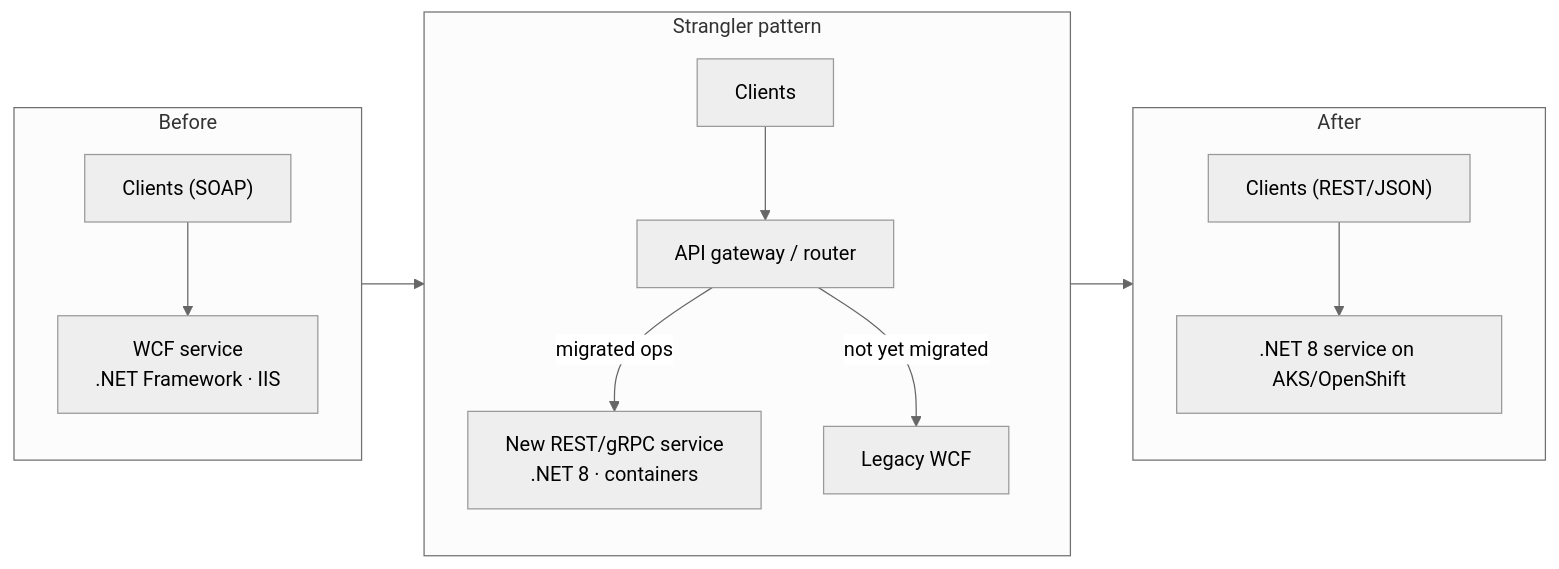
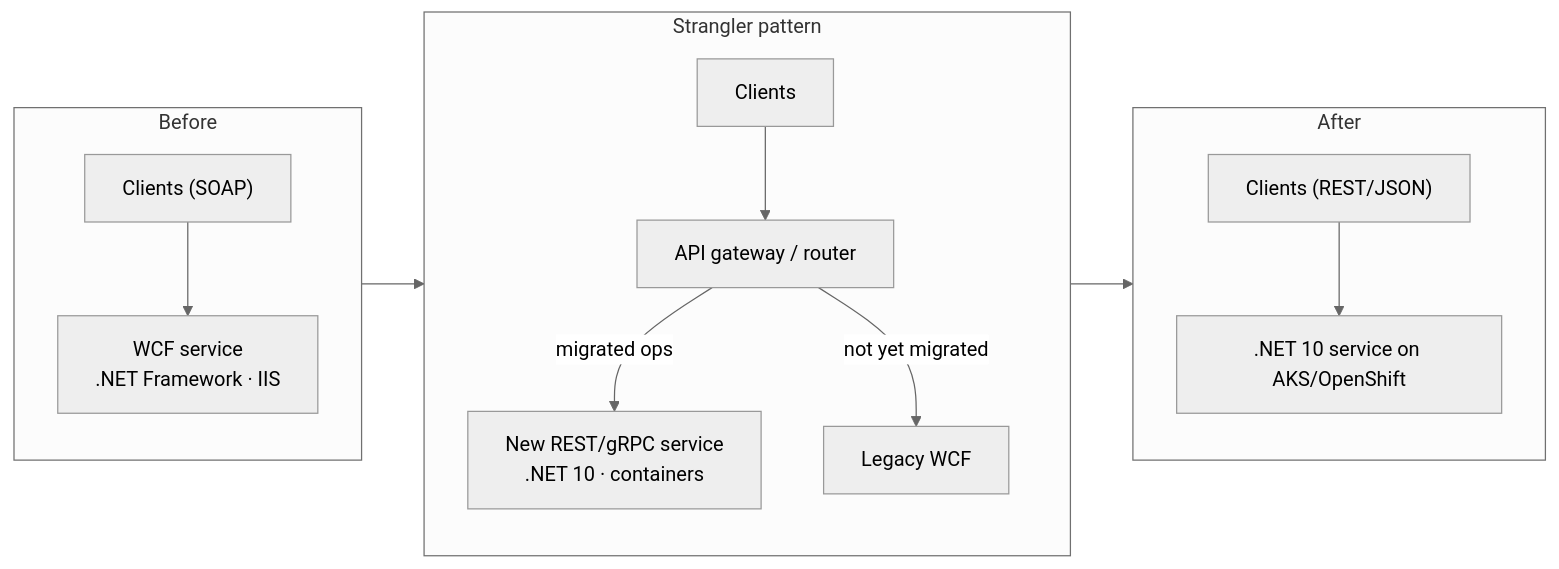
Before and after one commit to babuk123/dotnet-azure-genai-playbook: the diagram in 04-wcf-modernization/README.md, drawn with Mermaid (neutral theme). The commit also changed other lines of this file and 24 other files, not shown here.

````diff
--- a/04-wcf-modernization/README.md
+++ b/04-wcf-modernization/README.md
@@ -6,15 +6,15 @@
 ```mermaid
 flowchart LR
     subgraph Before
       C1["Clients (SOAP)"] --> W["WCF service<br/>.NET Framework · IIS"]
     end
     subgraph Transition["Strangler pattern"]
       C2["Clients"] --> GW["API gateway / router"]
-      GW -->|migrated ops| N["New REST/gRPC service<br/>.NET 8 · containers"]
+      GW -->|migrated ops| N["New REST/gRPC service<br/>.NET 10 · containers"]
       GW -->|not yet migrated| W2["Legacy WCF"]
     end
     subgraph After
-      C3["Clients (REST/JSON)"] --> N2[".NET 8 service on AKS/OpenShift"]
+      C3["Clients (REST/JSON)"] --> N2[".NET 10 service on AKS/OpenShift"]
     end
     Before --> Transition --> After
 ```
````
